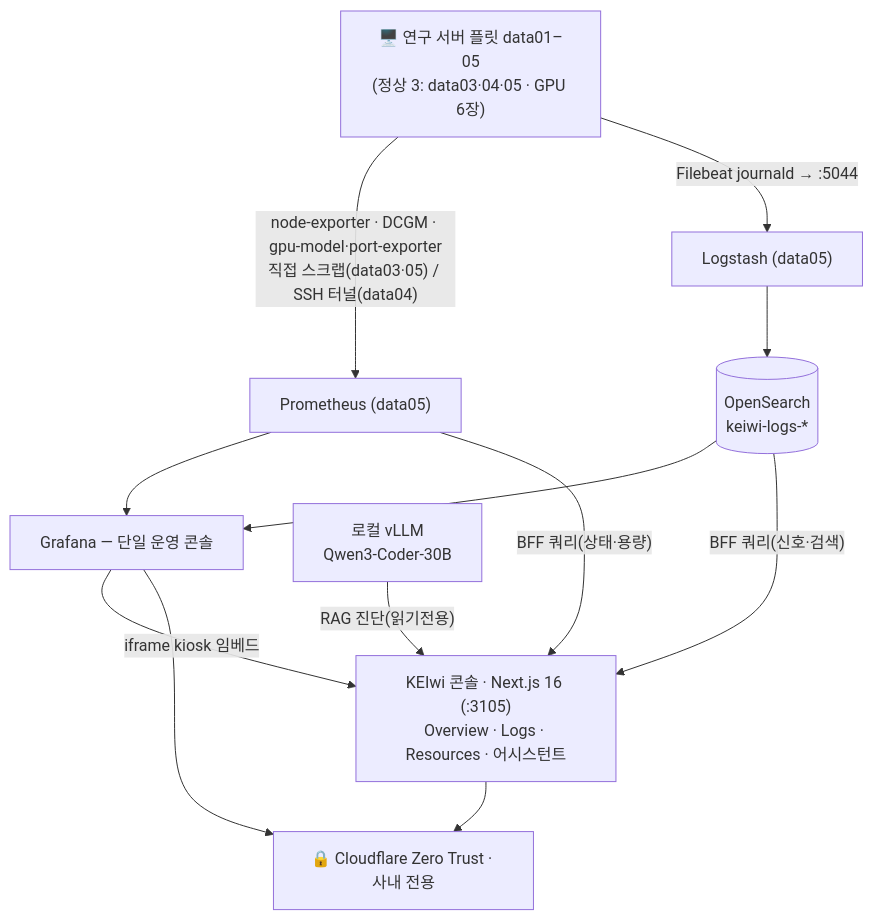
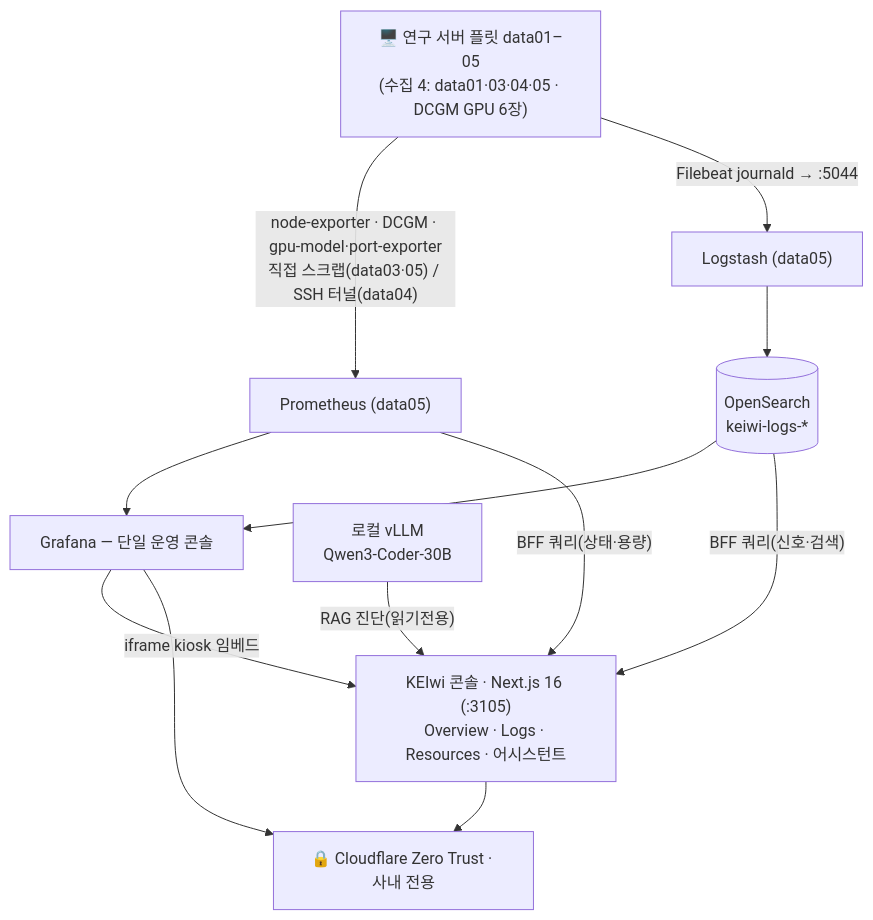
Before and after one commit to mooner92/KEIwi: the first of 3 diagrams in README.md, drawn with Mermaid. The commit also changed other lines of this file and 2 other files, not shown here.

````diff
--- a/README.md
+++ b/README.md
@@ -37,15 +37,15 @@
 ```mermaid
 flowchart TD
-    Fleet["🖥️ 연구 서버 플릿 data01–05<br/>(정상 3: data03·04·05 · GPU 6장)"]
+    Fleet["🖥️ 연구 서버 플릿 data01–05<br/>(수집 4: data01·03·04·05 · DCGM GPU 6장)"]
     Fleet -->|"node-exporter · DCGM · gpu-model·port-exporter<br/>직접 스크랩(data03·05) / SSH 터널(data04)"| Prom["Prometheus (data05)"]
     Fleet -->|"Filebeat journald → :5044"| LS["Logstash (data05)"]
     LS --> OS[("OpenSearch<br/>keiwi-logs-*")]
     Prom --> Graf["Grafana — 단일 운영 콘솔"]
     OS --> Graf
     Graf -->|"iframe kiosk 임베드"| Console
     Prom -->|"BFF 쿼리(상태·용량)"| Console["KEIwi 콘솔 · Next.js 16 (:3105)<br/>Overview · Logs · Resources · 어시스턴트"]
     OS -->|"BFF 쿼리(신호·검색)"| Console
     vLLM["로컬 vLLM<br/>Qwen3-Coder-30B"] -->|"RAG 진단(읽기전용)"| Console
     Console --> ZT["🔒 Cloudflare Zero Trust · 사내 전용"]
     Graf --> ZT
 ```
````
